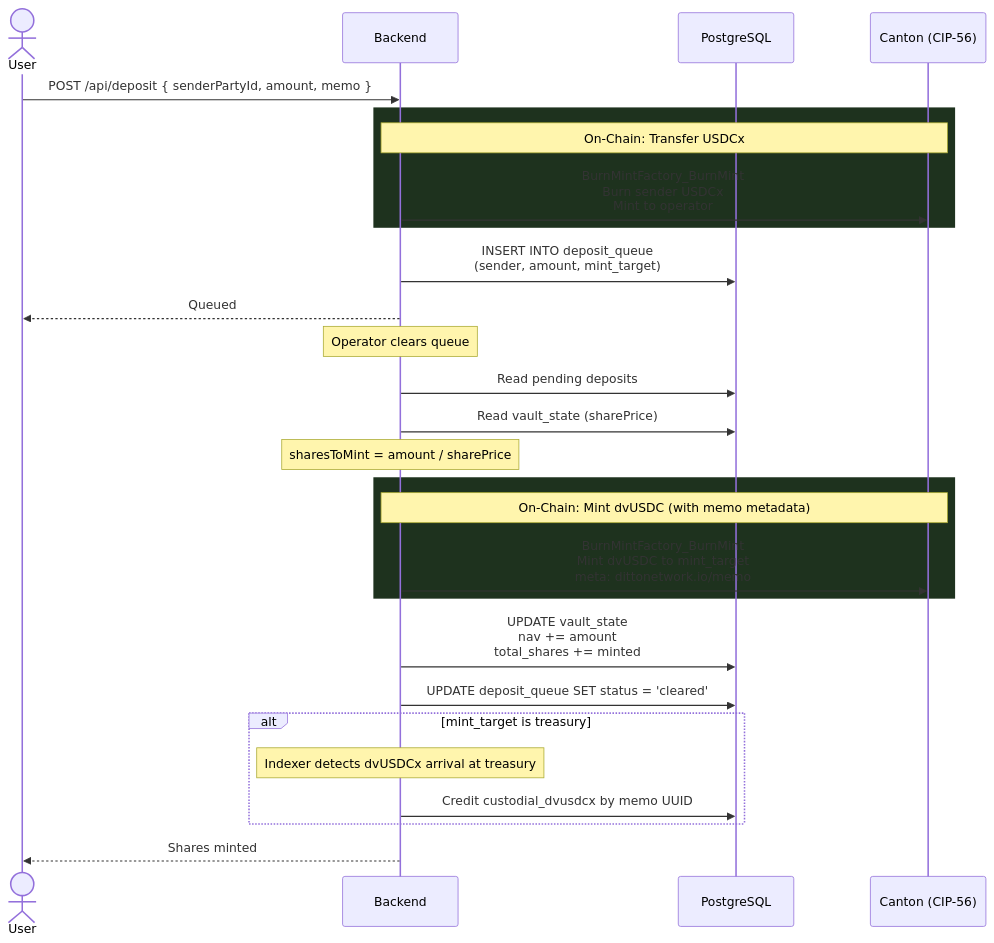
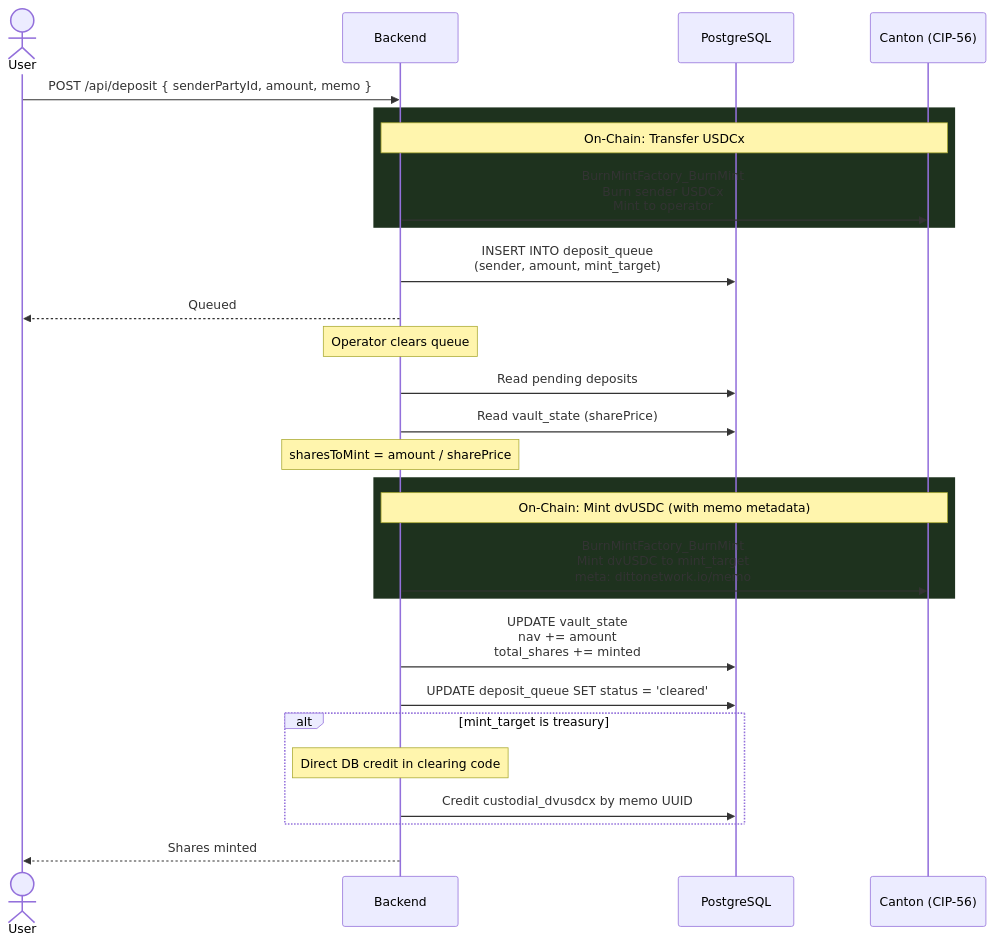
The fourth of 13 diagrams in ARCHITECTURE.md (dittonetwork/ditto-ccvault), drawn with Mermaid before and after one commit. The commit also changed other lines of this file and 1 other file, not shown here.

First line of the commit message:
docs: update custodial deposit flows, clearing credits, and UI description

````diff
--- a/ARCHITECTURE.md
+++ b/ARCHITECTURE.md
@@ -407,38 +407,38 @@
 ```mermaid
 sequenceDiagram
     actor User
     participant BE as Backend
     participant DB as PostgreSQL
     participant CN as Canton (CIP-56)
 
     User->>BE: POST /api/deposit { senderPartyId, amount, memo }
 
     rect rgb(30, 50, 30)
         Note over BE,CN: On-Chain: Transfer USDCx
         BE->>CN: BurnMintFactory_BurnMint<br/>Burn sender USDCx<br/>Mint to operator
     end
 
     BE->>DB: INSERT INTO deposit_queue<br/>(sender, amount, mint_target)
     BE-->>User: Queued
 
     Note over BE: Operator clears queue
 
     BE->>DB: Read pending deposits
     BE->>DB: Read vault_state (sharePrice)
     Note over BE: sharesToMint = amount / sharePrice
 
     rect rgb(30, 50, 30)
         Note over BE,CN: On-Chain: Mint dvUSDC (with memo metadata)
         BE->>CN: BurnMintFactory_BurnMint<br/>Mint dvUSDC to mint_target<br/>meta: dittonetwork.io/memo
     end
 
     BE->>DB: UPDATE vault_state<br/>nav += amount<br/>total_shares += minted
     BE->>DB: UPDATE deposit_queue SET status = 'cleared'
 
     alt mint_target is treasury
-        Note over BE: Indexer detects dvUSDCx arrival at treasury
+        Note over BE: Direct DB credit in clearing code
         BE->>DB: Credit custodial_dvusdcx by memo UUID
     end
 
     BE-->>User: Shares minted
 ```
````
